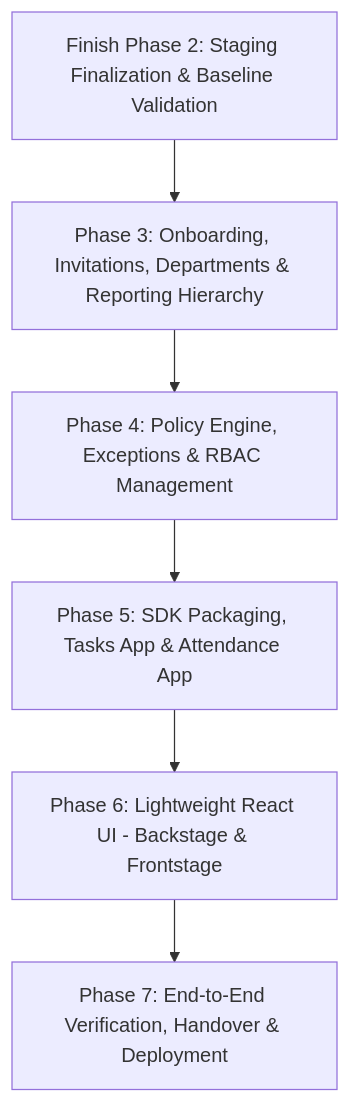
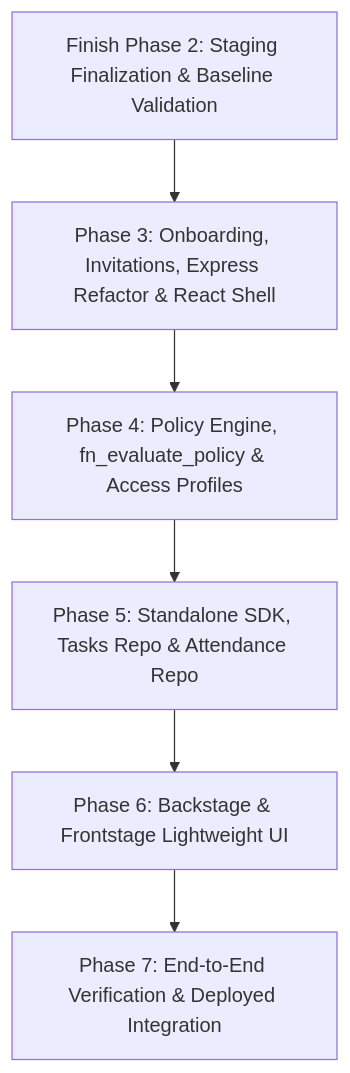
One commit to Hari-0607/ArchScale-V5 changed the diagram in docs/XAUTH_ALIGNMENT.md. Above: the diagram before and after it, drawn with Mermaid. The commit also changed other lines of this file and 1 other file, not shown here.

Commit message:
docs: add XAuth v4.0 alignment and architecture proposal document

````diff
--- a/docs/XAUTH_ALIGNMENT.md
+++ b/docs/XAUTH_ALIGNMENT.md
@@ -263,8 +304,8 @@
 ```mermaid
 flowchart TD
-    P2[Finish Phase 2: Staging Finalization & Baseline Validation] --> P3[Phase 3: Onboarding, Invitations, Departments & Reporting Hierarchy]
-    P3 --> P4[Phase 4: Policy Engine, Exceptions & RBAC Management]
-    P4 --> P5[Phase 5: SDK Packaging, Tasks App & Attendance App]
-    P5 --> P6[Phase 6: Lightweight React UI - Backstage & Frontstage]
-    P6 --> P7[Phase 7: End-to-End Verification, Handover & Deployment]
+    P2[Finish Phase 2: Staging Finalization & Baseline Validation] --> P3[Phase 3: Onboarding, Invitations, Express Refactor & React Shell]
+    P3 --> P4[Phase 4: Policy Engine, fn_evaluate_policy & Access Profiles]
+    P4 --> P5[Phase 5: Standalone SDK, Tasks Repo & Attendance Repo]
+    P6[Phase 6: Backstage & Frontstage Lightweight UI] --> P7[Phase 7: End-to-End Verification & Deployed Integration]
+    P5 --> P6
 ```
````
